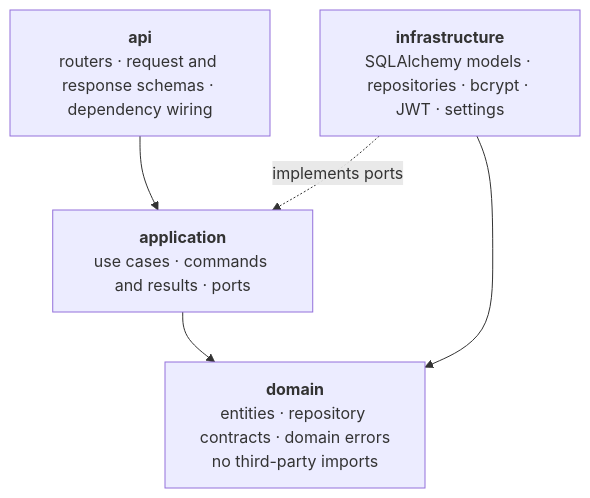
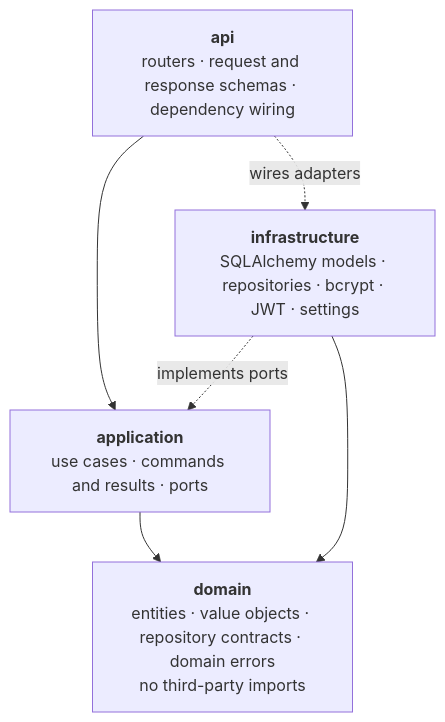
Before and after one commit to mdfaiz04/Geo-Atlas: the second of 4 diagrams in README.md, drawn with Mermaid. The commit also changed other lines of this file and 8 other files, not shown here.

````diff
--- a/README.md
+++ b/README.md
@@ -131,10 +167,11 @@
 ```mermaid
 flowchart TB
     Api["<b>api</b><br/>routers · request and response schemas · dependency wiring"]
     App["<b>application</b><br/>use cases · commands and results · ports"]
-    Domain["<b>domain</b><br/>entities · repository contracts · domain errors<br/>no third-party imports"]
+    Domain["<b>domain</b><br/>entities · value objects · repository contracts · domain errors<br/>no third-party imports"]
     Infra["<b>infrastructure</b><br/>SQLAlchemy models · repositories · bcrypt · JWT · settings"]
     Api --> App --> Domain
     Infra --> Domain
     Infra -. implements ports .-> App
+    Api -. wires adapters .-> Infra
 ```
````
